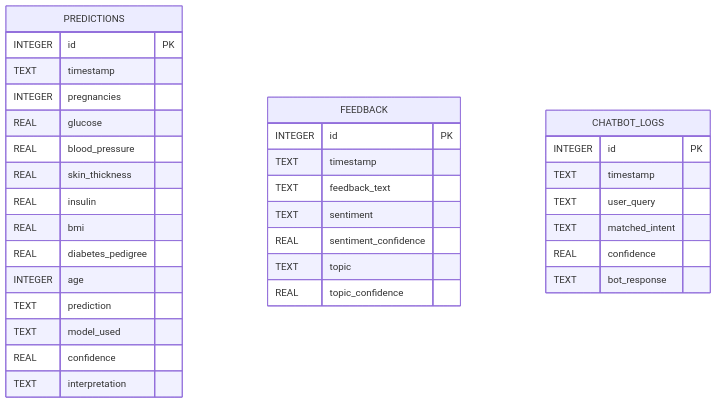
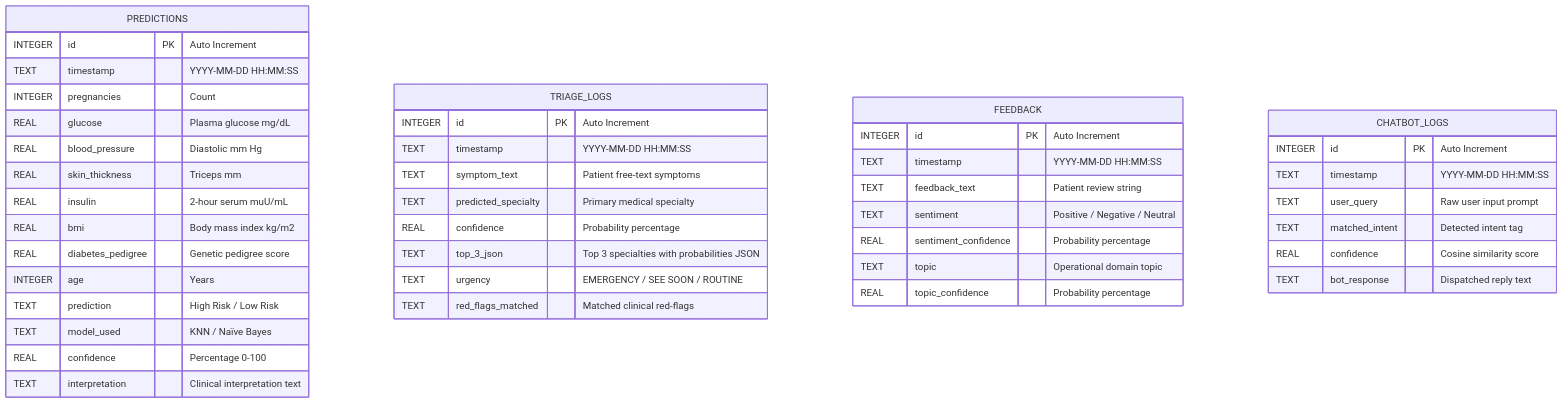
One commit to vishwapradhan23/MedIntel-AI changed the eighth of 8 diagrams in SYSTEM_DIAGRAMS.md. Above: the diagram before and after it, drawn with Mermaid. The commit also changed other lines of this file and 28 other files, not shown here.

Commit message:
feat: add symptom triage with red-flag detection module

````diff
--- a/SYSTEM_DIAGRAMS.md
+++ b/SYSTEM_DIAGRAMS.md
@@ -193,38 +221,49 @@
 ```mermaid
 erDiagram
     PREDICTIONS {
-        INTEGER id PK
-        TEXT timestamp
-        INTEGER pregnancies
-        REAL glucose
-        REAL blood_pressure
-        REAL skin_thickness
-        REAL insulin
-        REAL bmi
-        REAL diabetes_pedigree
-        INTEGER age
-        TEXT prediction
-        TEXT model_used
-        REAL confidence
-        TEXT interpretation
+        INTEGER id PK "Auto Increment"
+        TEXT timestamp "YYYY-MM-DD HH:MM:SS"
+        INTEGER pregnancies "Count"
+        REAL glucose "Plasma glucose mg/dL"
+        REAL blood_pressure "Diastolic mm Hg"
+        REAL skin_thickness "Triceps mm"
+        REAL insulin "2-hour serum muU/mL"
+        REAL bmi "Body mass index kg/m2"
+        REAL diabetes_pedigree "Genetic pedigree score"
+        INTEGER age "Years"
+        TEXT prediction "High Risk / Low Risk"
+        TEXT model_used "KNN / Naïve Bayes"
+        REAL confidence "Percentage 0-100"
+        TEXT interpretation "Clinical interpretation text"
+    }
+
+    TRIAGE_LOGS {
+        INTEGER id PK "Auto Increment"
+        TEXT timestamp "YYYY-MM-DD HH:MM:SS"
+        TEXT symptom_text "Patient free-text symptoms"
+        TEXT predicted_specialty "Primary medical specialty"
+        REAL confidence "Probability percentage"
+        TEXT top_3_json "Top 3 specialties with probabilities JSON"
+        TEXT urgency "EMERGENCY / SEE SOON / ROUTINE"
+        TEXT red_flags_matched "Matched clinical red-flags"
     }
 
     FEEDBACK {
-        INTEGER id PK
-        TEXT timestamp
-        TEXT feedback_text
-        TEXT sentiment
-        REAL sentiment_confidence
-        TEXT topic
-        REAL topic_confidence
+        INTEGER id PK "Auto Increment"
+        TEXT timestamp "YYYY-MM-DD HH:MM:SS"
+        TEXT feedback_text "Patient review string"
+        TEXT sentiment "Positive / Negative / Neutral"
+        REAL sentiment_confidence "Probability percentage"
+        TEXT topic "Operational domain topic"
+        REAL topic_confidence "Probability percentage"
     }
 
     CHATBOT_LOGS {
-        INTEGER id PK
-        TEXT timestamp
-        TEXT user_query
-        TEXT matched_intent
-        REAL confidence
-        TEXT bot_response
+        INTEGER id PK "Auto Increment"
+        TEXT timestamp "YYYY-MM-DD HH:MM:SS"
+        TEXT user_query "Raw user input prompt"
+        TEXT matched_intent "Detected intent tag"
+        REAL confidence "Cosine similarity score"
+        TEXT bot_response "Dispatched reply text"
     }
 ```
````
